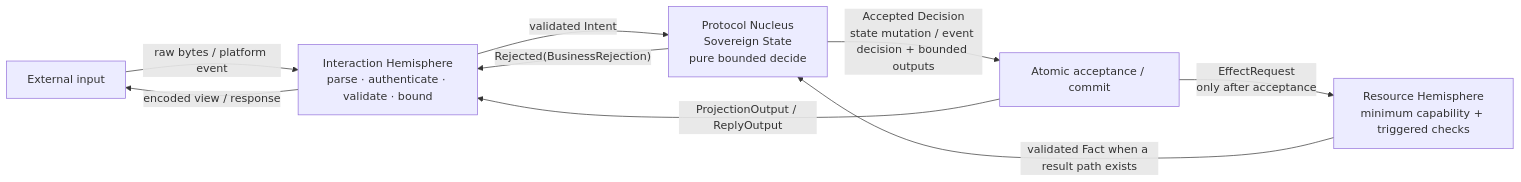
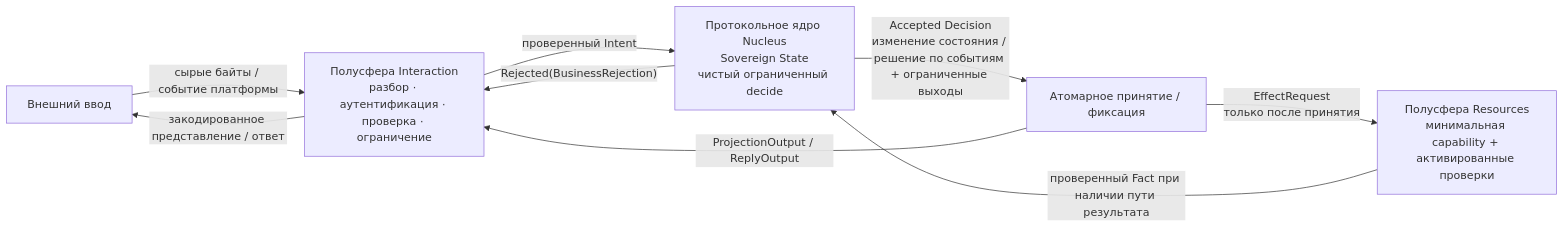
The first of 2 diagrams in docs/ru/ARCHITECTURE.md (4wl2d/Pokeball), drawn with Mermaid before and after one commit. The commit also changed other lines of this file and 56 other files, not shown here.

````diff
--- a/docs/ru/ARCHITECTURE.md
+++ b/docs/ru/ARCHITECTURE.md
@@ -24,11 +24,11 @@
 ```mermaid
 flowchart LR
-    X["External input"] -->|"raw bytes / platform event"| I["Interaction Hemisphere<br/>parse · authenticate · validate · bound"]
-    I -->|"validated Intent"| N["Protocol Nucleus<br/>Sovereign State<br/>pure bounded decide"]
-    N -->|"Accepted Decision<br/>state mutation / event decision + bounded outputs"| A["Atomic acceptance / commit"]
+    X["Внешний ввод"] -->|"сырые байты / событие платформы"| I["Полусфера Interaction<br/>разбор · аутентификация · проверка · ограничение"]
+    I -->|"проверенный Intent"| N["Протокольное ядро Nucleus<br/>Sovereign State<br/>чистый ограниченный decide"]
+    N -->|"Accepted Decision<br/>изменение состояния / решение по событиям + ограниченные выходы"| A["Атомарное принятие / фиксация"]
     N -->|"Rejected(BusinessRejection)"| I
     A -->|"ProjectionOutput / ReplyOutput"| I
-    A -->|"EffectRequest<br/>only after acceptance"| R["Resource Hemisphere<br/>minimum capability + triggered checks"]
-    R -->|"validated Fact when a result path exists"| N
-    I -->|"encoded view / response"| X
+    A -->|"EffectRequest<br/>только после принятия"| R["Полусфера Resources<br/>минимальная capability + активированные проверки"]
+    R -->|"проверенный Fact при наличии пути результата"| N
+    I -->|"закодированное представление / ответ"| X
 ```
````
